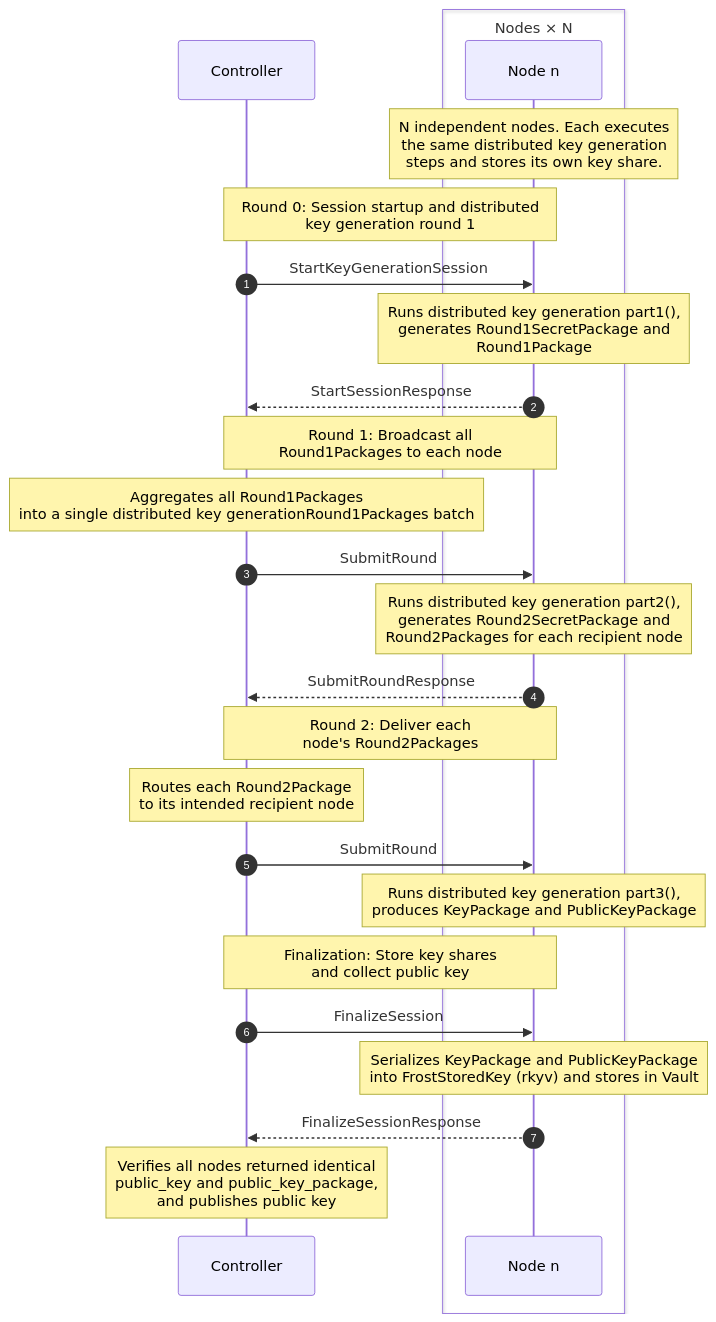
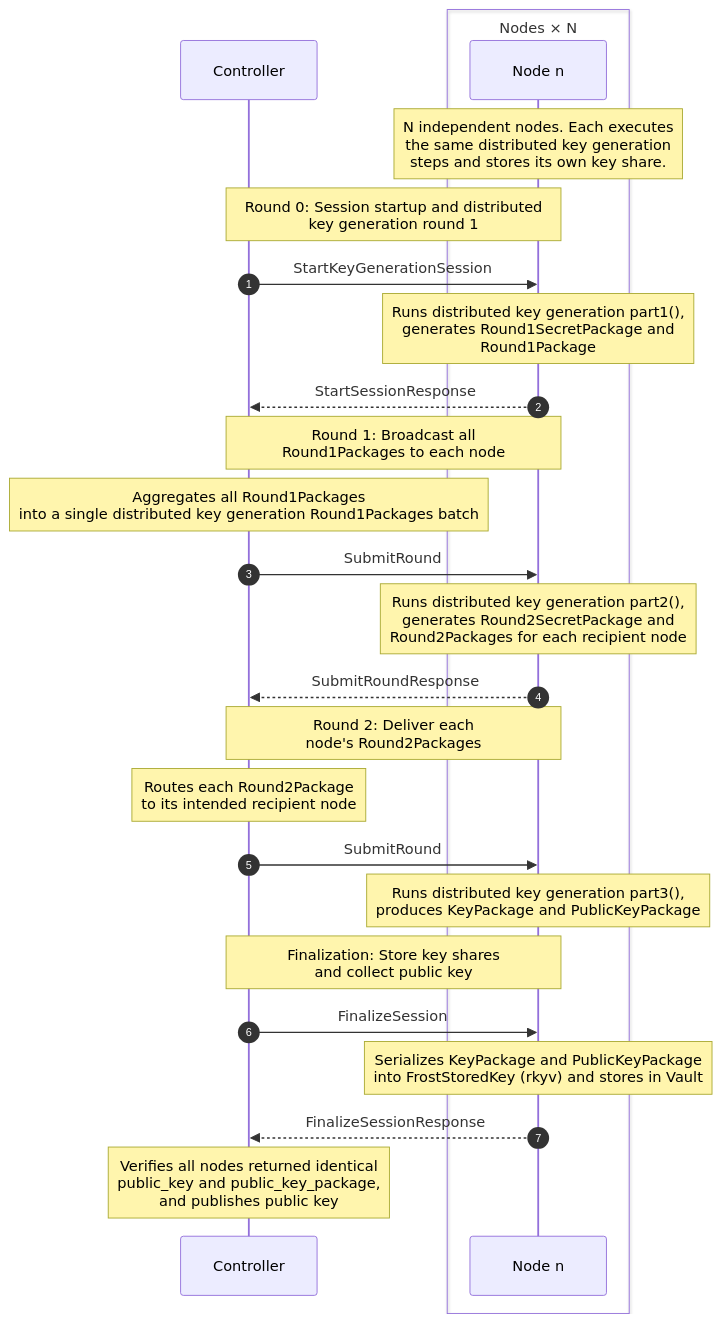
The first of 4 diagrams in README.md (shreeed-app/multi-party-computation-cryptographic-engine), drawn with Mermaid before and after one commit. The commit also changed other lines of this file and 26 other files, not shown here.

````diff
--- a/README.md
+++ b/README.md
@@ -28,38 +28,38 @@
 ```mermaid
 sequenceDiagram
     autonumber
 
     participant Controller
     box Nodes × N
         participant Node as Node n
     end
 
     Note over Node: N independent nodes. Each executes <br /> the same distributed key generation <br /> steps and stores its own key share.
 
     Note over Controller,Node: Round 0: Session startup and distributed <br /> key generation round 1
 
     Controller->>Node: StartKeyGenerationSession
     Note over Node: Runs distributed key generation part1(), <br /> generates Round1SecretPackage and <br /> Round1Package
     Node-->>Controller: StartSessionResponse
 
     Note over Controller,Node: Round 1: Broadcast all <br /> Round1Packages to each node
 
-    Note over Controller: Aggregates all Round1Packages <br /> into a single distributed key generationRound1Packages batch
+    Note over Controller: Aggregates all Round1Packages <br /> into a single distributed key generation Round1Packages batch
     Controller->>Node: SubmitRound
     Note over Node: Runs distributed key generation part2(), <br /> generates Round2SecretPackage and <br /> Round2Packages for each recipient node
     Node-->>Controller: SubmitRoundResponse
 
     Note over Controller,Node: Round 2: Deliver each <br /> node's Round2Packages
 
     Note over Controller: Routes each Round2Package <br /> to its intended recipient node
     Controller->>Node: SubmitRound
     Note over Node: Runs distributed key generation part3(), <br /> produces KeyPackage and PublicKeyPackage
 
     Note over Controller,Node: Finalization: Store key shares <br /> and collect public key
 
     Controller->>Node: FinalizeSession
     Note over Node: Serializes KeyPackage and PublicKeyPackage <br /> into FrostStoredKey (rkyv) and stores in Vault
     Node-->>Controller: FinalizeSessionResponse
 
     Note over Controller: Verifies all nodes returned identical <br /> public_key and public_key_package, <br /> and publishes public key
 ```
````
